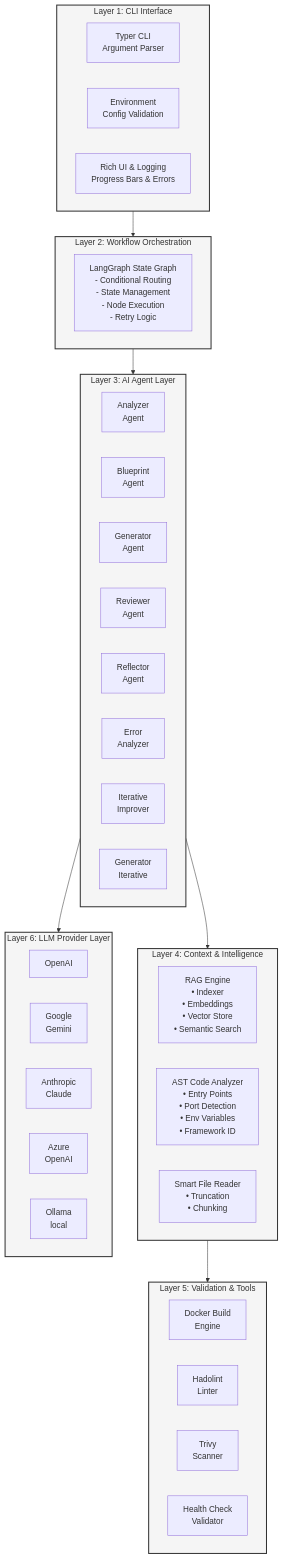
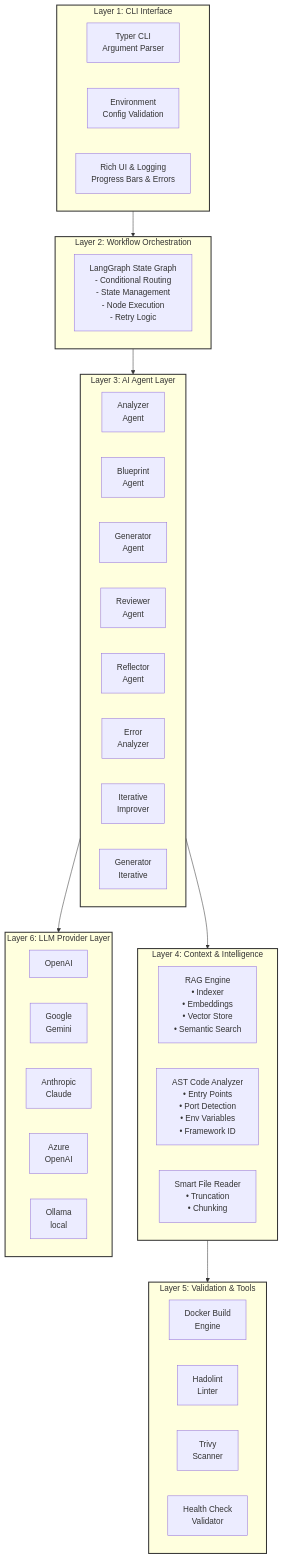
The first of 2 diagrams in docs/architecture.md (actions-marketplace-validations/itzzjb_dockai), drawn with Mermaid before and after one commit. The commit also changed other lines of this file and 4 other files, not shown here.

Commit message:
refactor: Migrate Mermaid diagrams to client-side rendering and refine their styling.

````diff
--- a/docs/architecture.md
+++ b/docs/architecture.md
@@ -32,57 +32,57 @@
 ```mermaid
 graph TB
     subgraph Layer1["Layer 1: CLI Interface"]
         CLI[Typer CLI<br/>Argument Parser]
         ENV[Environment<br/>Config Validation]
         UI[Rich UI & Logging<br/>Progress Bars & Errors]
     end
     
     subgraph Layer2["Layer 2: Workflow Orchestration"]
         LG[LangGraph State Graph<br/>- Conditional Routing<br/>- State Management<br/>- Node Execution<br/>- Retry Logic]
     end
     
     subgraph Layer3["Layer 3: AI Agent Layer"]
         A1[Analyzer<br/>Agent]
         A2[Blueprint<br/>Agent]
         A3[Generator<br/>Agent]
         A4[Reviewer<br/>Agent]
         A5[Reflector<br/>Agent]
         A6[Error<br/>Analyzer]
         A7[Iterative<br/>Improver]
         A8[Generator<br/>Iterative]
     end
     
     subgraph Layer4["Layer 4: Context & Intelligence"]
         RAG[RAG Engine<br/>• Indexer<br/>• Embeddings<br/>• Vector Store<br/>• Semantic Search]
         AST[AST Code Analyzer<br/>• Entry Points<br/>• Port Detection<br/>• Env Variables<br/>• Framework ID]
         FR[Smart File Reader<br/>• Truncation<br/>• Chunking]
     end
     
     subgraph Layer5["Layer 5: Validation & Tools"]
         DB[Docker Build<br/>Engine]
         HL[Hadolint<br/>Linter]
         TV[Trivy<br/>Scanner]
         HC[Health Check<br/>Validator]
     end
     
     subgraph Layer6["Layer 6: LLM Provider Layer"]
         OAI[OpenAI]
         GEM[Google<br/>Gemini]
         ANT[Anthropic<br/>Claude]
         AZ[Azure<br/>OpenAI]
         OL[Ollama<br/>local]
     end
     
     Layer1 --> Layer2
     Layer2 --> Layer3
     Layer3 --> Layer4
     Layer4 --> Layer5
     Layer3 --> Layer6
     
-    style Layer1 fill:#f5f5f5,stroke:#333,stroke-width:2px
-    style Layer2 fill:#f5f5f5,stroke:#333,stroke-width:2px
-    style Layer3 fill:#f5f5f5,stroke:#333,stroke-width:2px
-    style Layer4 fill:#f5f5f5,stroke:#333,stroke-width:2px
-    style Layer5 fill:#f5f5f5,stroke:#333,stroke-width:2px
-    style Layer6 fill:#f5f5f5,stroke:#333,stroke-width:2px
+    style Layer1 stroke:#333,stroke-width:2px
+    style Layer2 stroke:#333,stroke-width:2px
+    style Layer3 stroke:#333,stroke-width:2px
+    style Layer4 stroke:#333,stroke-width:2px
+    style Layer5 stroke:#333,stroke-width:2px
+    style Layer6 stroke:#333,stroke-width:2px
 ```
````
